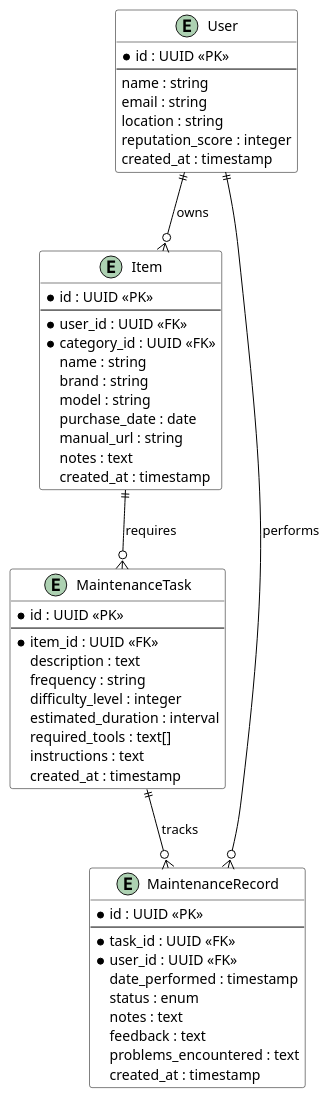
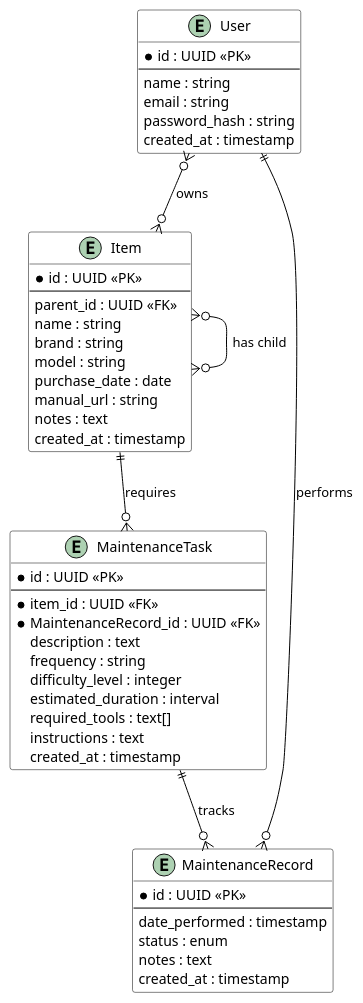
The diagram in docs/entity-relationship-simplified.puml (snail-unamur/petittonnerre), drawn with PlantUML before and after one commit.

Commit message:
Fixing initial ER schema

```diff
--- a/docs/entity-relationship-simplified.puml
+++ b/docs/entity-relationship-simplified.puml
@@ -1,70 +1,66 @@
 @startuml
 ' Styling
 skinparam class {
     BackgroundColor White
     ArrowColor Black
     BorderColor Black
 }
 
 entity "User" {
     *id : UUID <<PK>>
     --
     name : string
     email : string
-    location : string
-    reputation_score : integer
+    password_hash : string
     created_at : timestamp
 }
 
 entity "Item" {
     *id : UUID <<PK>>
     --
-    *user_id : UUID <<FK>>
-    *category_id : UUID <<FK>>
+    parent_id : UUID <<FK>>
     name : string
     brand : string
     model : string
     purchase_date : date
     manual_url : string
     notes : text
     created_at : timestamp
 }
 
 entity "MaintenanceTask" {
     *id : UUID <<PK>>
     --
     *item_id : UUID <<FK>>
+    *MaintenanceRecord_id : UUID <<FK>>
     description : text
     frequency : string
     difficulty_level : integer
     estimated_duration : interval
     required_tools : text[]
     instructions : text
     created_at : timestamp
 }
 
 entity "MaintenanceRecord" {
     *id : UUID <<PK>>
     --
-    *task_id : UUID <<FK>>
-    *user_id : UUID <<FK>>
     date_performed : timestamp
     status : enum
     notes : text
-    feedback : text
-    problems_encountered : text
     created_at : timestamp
 }
 
 
 
 ' Relationships
-User ||--o{ Item : owns
+Item }o--o{ Item : has child
+User }o--o{ Item : owns
 User ||--o{ MaintenanceRecord : performs
 
 Item ||--o{ MaintenanceTask : requires
 
 
 MaintenanceTask ||--o{ MaintenanceRecord : tracks
 
 @enduml
```
